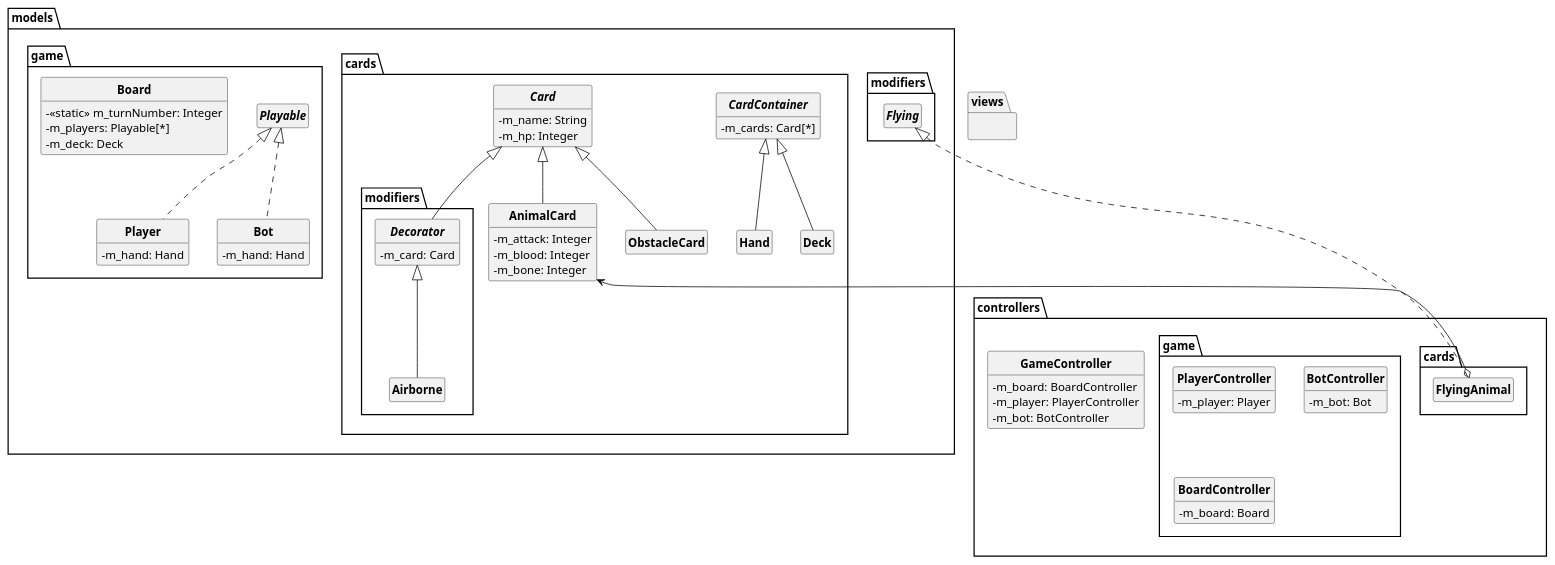
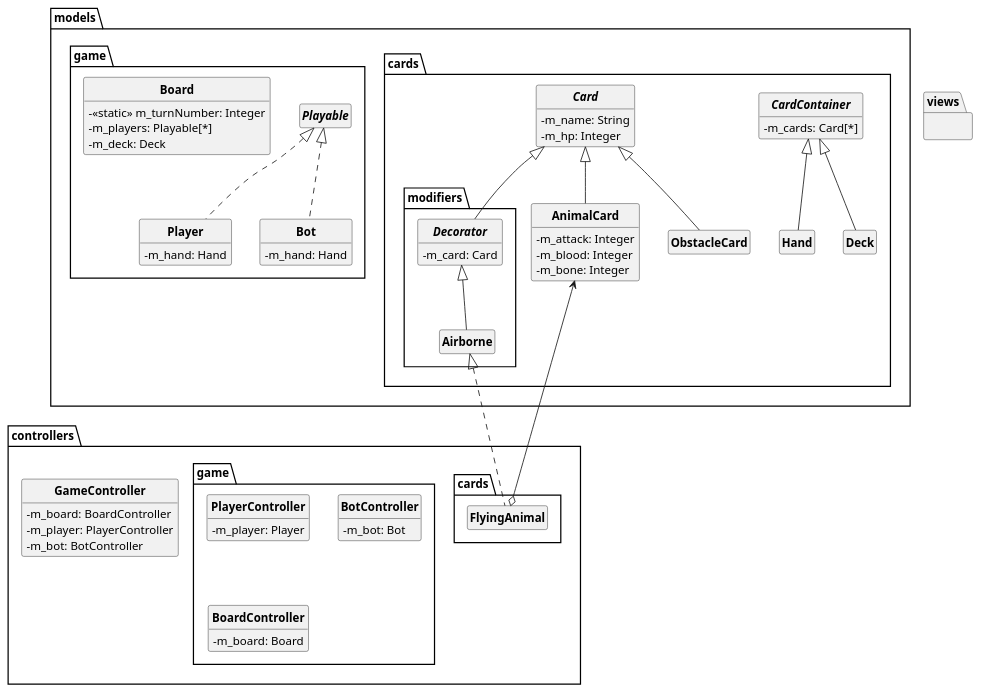
The diagram in uml/classes.puml (Guyomeuh/inscryption-tui), drawn with PlantUML before and after one commit.

Commit message:
corrigé uml

```diff
--- a/uml/classes.puml
+++ b/uml/classes.puml
@@ -1,97 +1,97 @@
 @startuml
 
 skinparam classAttributeIconSize 0
 skinparam classFontStyle Bold
 skinparam style strictuml
 hide empty members
 
 package models {
     package cards {
         abstract class CardContainer {
             - m_cards: Card[*]
         }
 
         class Deck extends CardContainer {
         }
 
         class Hand extends CardContainer {
         }
 
         abstract class Card {
             - m_name: String 
             - m_hp: Integer
         }
 
         class AnimalCard extends Card {
             - m_attack: Integer 
             - m_blood: Integer 
             - m_bone: Integer 
         }
 
         class ObstacleCard extends Card {
         }
 
         package modifiers {
             abstract class Decorator extends models.cards.Card {
                 - m_card: Card
             } 
 
             class Airborne extends Decorator {
 
             }
         }
     }
 
     package game {
         interface Playable {
         }
 
         class Player implements Playable {
             - m_hand: Hand
         }
 
         class Bot implements Playable {
             - m_hand: Hand
         }
 
         class Board {
             - <<static>> m_turnNumber: Integer
             - m_players: Playable[*]
             - m_deck: Deck
         }
     }
 }
 
 package views {
 }
 
 package controllers {
     package cards {
-        class FlyingAnimal implements models.modifiers.Flying {
+        class FlyingAnimal implements models.cards.modifiers.Airborne {
         }
 
         FlyingAnimal o-U-> models.cards.AnimalCard
     }
 
     package game {
         class PlayerController {
             - m_player: Player
         }
 
         class BotController {
             - m_bot: Bot 
         }
 
         class BoardController {
             - m_board: Board
         }
     }
 
     class GameController {
         - m_board: BoardController 
         - m_player: PlayerController
         - m_bot: BotController 
     }
 }
 
 @enduml
```
